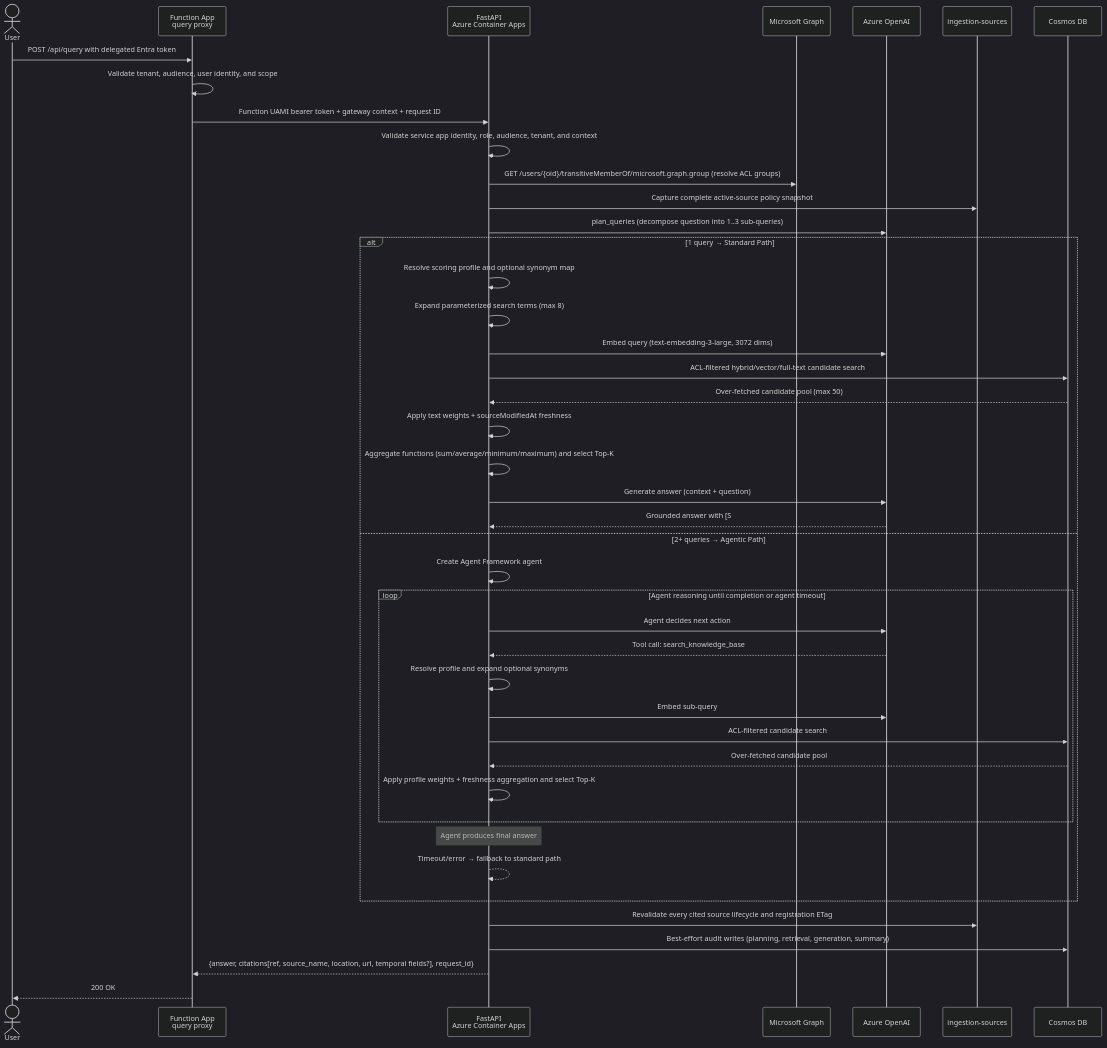
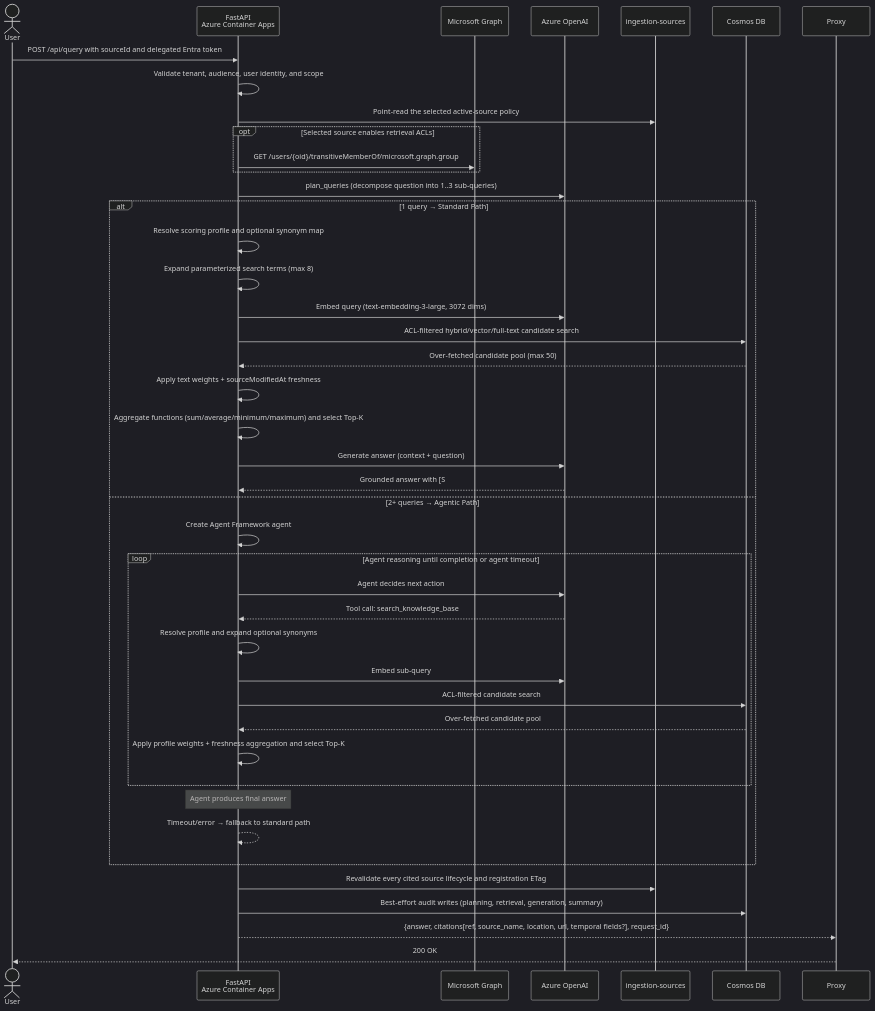
One commit to HariVamsiChittari1/enterprise-rag-pipeline changed diagram 11 of 14 in docs/ARCHITECTURE.md. Above: the diagram before and after it, drawn with Mermaid (dark theme). The commit also changed other lines of this file and 89 other files, not shown here.

````diff
--- a/docs/ARCHITECTURE.md
+++ b/docs/ARCHITECTURE.md
@@ -674,46 +734,45 @@
 ```mermaid
 sequenceDiagram
     actor User
-    participant Proxy as Function App<br/>query proxy
     participant RAG as FastAPI<br/>Azure Container Apps
     participant Graph as Microsoft Graph
     participant OAI as Azure OpenAI
     participant Sources as ingestion-sources
     participant Cosmos as Cosmos DB
 
-    User->>Proxy: POST /api/query with delegated Entra token
-    Proxy->>Proxy: Validate tenant, audience, user identity, and scope
-    Proxy->>RAG: Function UAMI bearer token + gateway context + request ID
-    RAG->>RAG: Validate service app identity, role, audience, tenant, and context
-    RAG->>Graph: GET /users/{oid}/transitiveMemberOf/microsoft.graph.group (resolve ACL groups)
-    RAG->>Sources: Capture complete active-source policy snapshot
+    User->>RAG: POST /api/query with sourceId and delegated Entra token
+    RAG->>RAG: Validate tenant, audience, user identity, and scope
+    RAG->>Sources: Point-read the selected active-source policy
+    opt Selected source enables retrieval ACLs
+        RAG->>Graph: GET /users/{oid}/transitiveMemberOf/microsoft.graph.group
+    end
     RAG->>OAI: plan_queries (decompose question into 1..3 sub-queries)
     alt 1 query → Standard Path
         RAG->>RAG: Resolve scoring profile and optional synonym map
         RAG->>RAG: Expand parameterized search terms (max 8)
         RAG->>OAI: Embed query (text-embedding-3-large, 3072 dims)
         RAG->>Cosmos: ACL-filtered hybrid/vector/full-text candidate search
         Cosmos-->>RAG: Over-fetched candidate pool (max 50)
         RAG->>RAG: Apply text weights + sourceModifiedAt freshness
         RAG->>RAG: Aggregate functions (sum/average/minimum/maximum) and select Top-K
         RAG->>OAI: Generate answer (context + question)
         OAI-->>RAG: Grounded answer with [S#] markers
     else 2+ queries → Agentic Path
         RAG->>RAG: Create Agent Framework agent
         loop Agent reasoning until completion or agent timeout
             RAG->>OAI: Agent decides next action
             OAI-->>RAG: Tool call: search_knowledge_base
             RAG->>RAG: Resolve profile and expand optional synonyms
             RAG->>OAI: Embed sub-query
             RAG->>Cosmos: ACL-filtered candidate search
             Cosmos-->>RAG: Over-fetched candidate pool
             RAG->>RAG: Apply profile weights + freshness aggregation and select Top-K
         end
         Note over RAG: Agent produces final answer
         RAG-->>RAG: Timeout/error → fallback to standard path
     end
     RAG->>Sources: Revalidate every cited source lifecycle and registration ETag
     RAG->>Cosmos: Best-effort audit writes (planning, retrieval, generation, summary)
     RAG-->>Proxy: {answer, citations[ref, source_name, location, url, temporal fields?], request_id}
     Proxy-->>User: 200 OK
 ```
````
